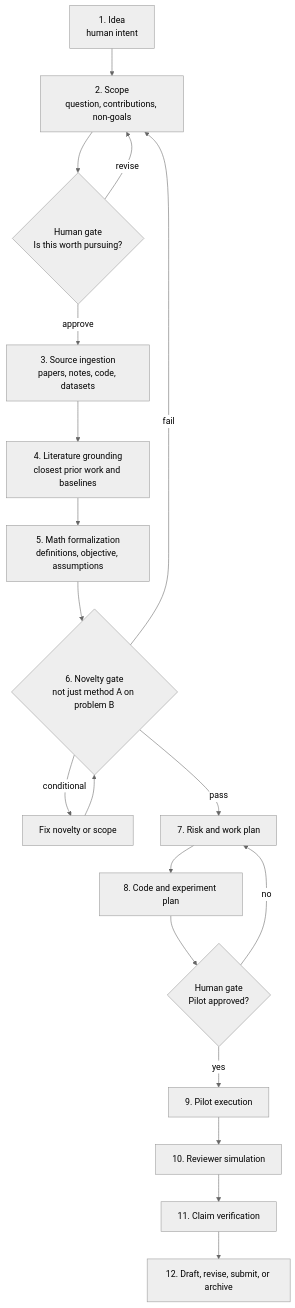
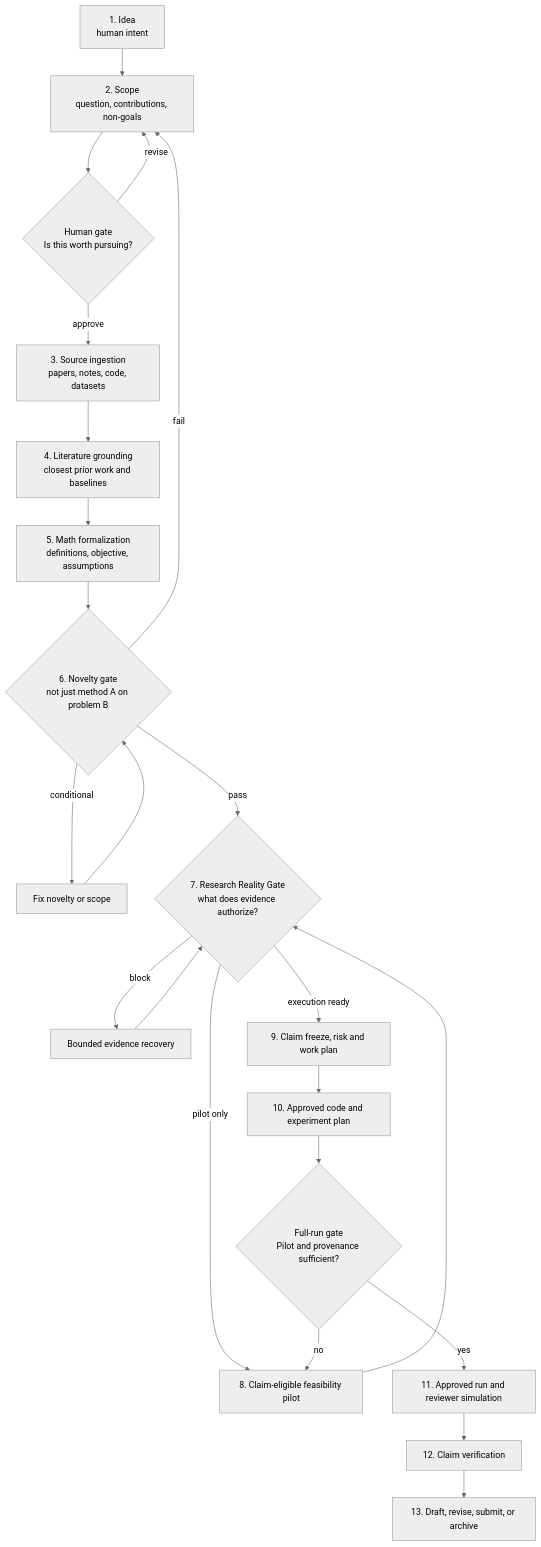
Before and after one commit to ngtiendong/Academic-Research-Agent-Skill: the second of 3 diagrams in README.md, drawn with Mermaid (neutral theme). The commit also changed other lines of this file and 35 other files, not shown here.

Commit message:
update reality gate to not create too fancy plan

````diff
--- a/README.md
+++ b/README.md
@@ -146,21 +152,25 @@
 ```mermaid
 flowchart TD
     I["1. Idea<br/>human intent"] --> S["2. Scope<br/>question, contributions, non-goals"]
     S --> G1{"Human gate<br/>Is this worth pursuing?"}
     G1 -->|revise| S
     G1 -->|approve| L["3. Source ingestion<br/>papers, notes, code, datasets"]
     L --> LG["4. Literature grounding<br/>closest prior work and baselines"]
     LG --> M["5. Math formalization<br/>definitions, objective, assumptions"]
     M --> N{"6. Novelty gate<br/>not just method A on problem B"}
     N -->|fail| S
     N -->|conditional| F["Fix novelty or scope"]
     F --> N
-    N -->|pass| P["7. Risk and work plan"]
-    P --> C["8. Code and experiment plan"]
-    C --> G2{"Human gate<br/>Pilot approved?"}
-    G2 -->|no| P
-    G2 -->|yes| X["9. Pilot execution"]
-    X --> R["10. Reviewer simulation"]
-    R --> V["11. Claim verification"]
-    V --> O["12. Draft, revise, submit, or archive"]
+    N -->|pass| G2{"7. Research Reality Gate<br/>what does evidence authorize?"}
+    G2 -->|block| E["Bounded evidence recovery"]
+    E --> G2
+    G2 -->|pilot only| X["8. Claim-eligible feasibility pilot"]
+    X --> G2
+    G2 -->|execution ready| P["9. Claim freeze, risk and work plan"]
+    P --> C["10. Approved code and experiment plan"]
+    C --> G3{"Full-run gate<br/>Pilot and provenance sufficient?"}
+    G3 -->|no| X
+    G3 -->|yes| R["11. Approved run and reviewer simulation"]
+    R --> V["12. Claim verification"]
+    V --> O["13. Draft, revise, submit, or archive"]
 ```
````
